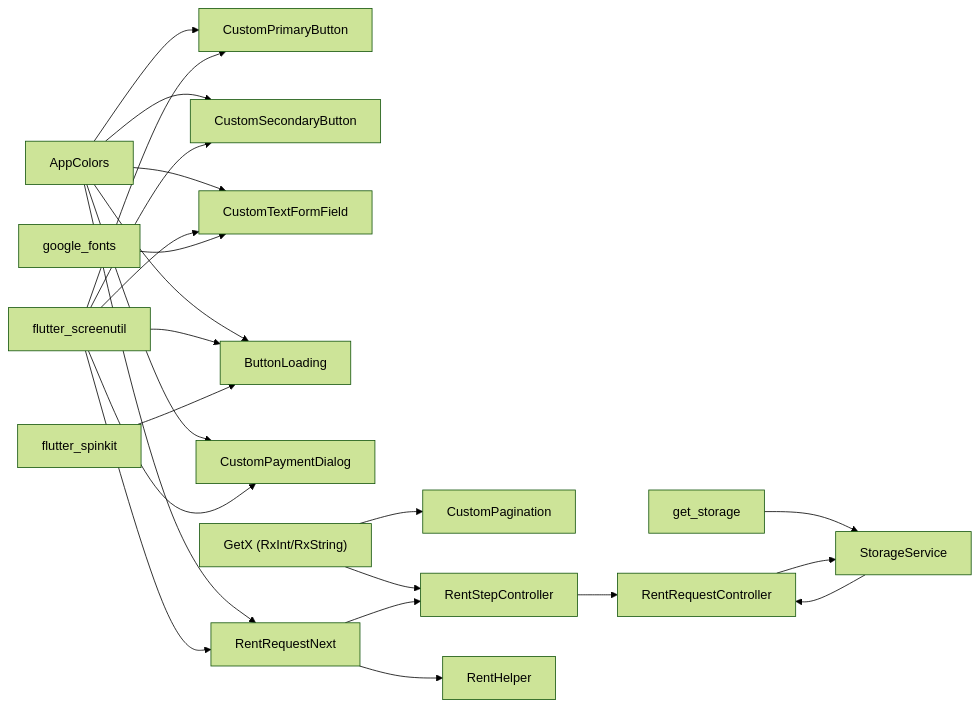
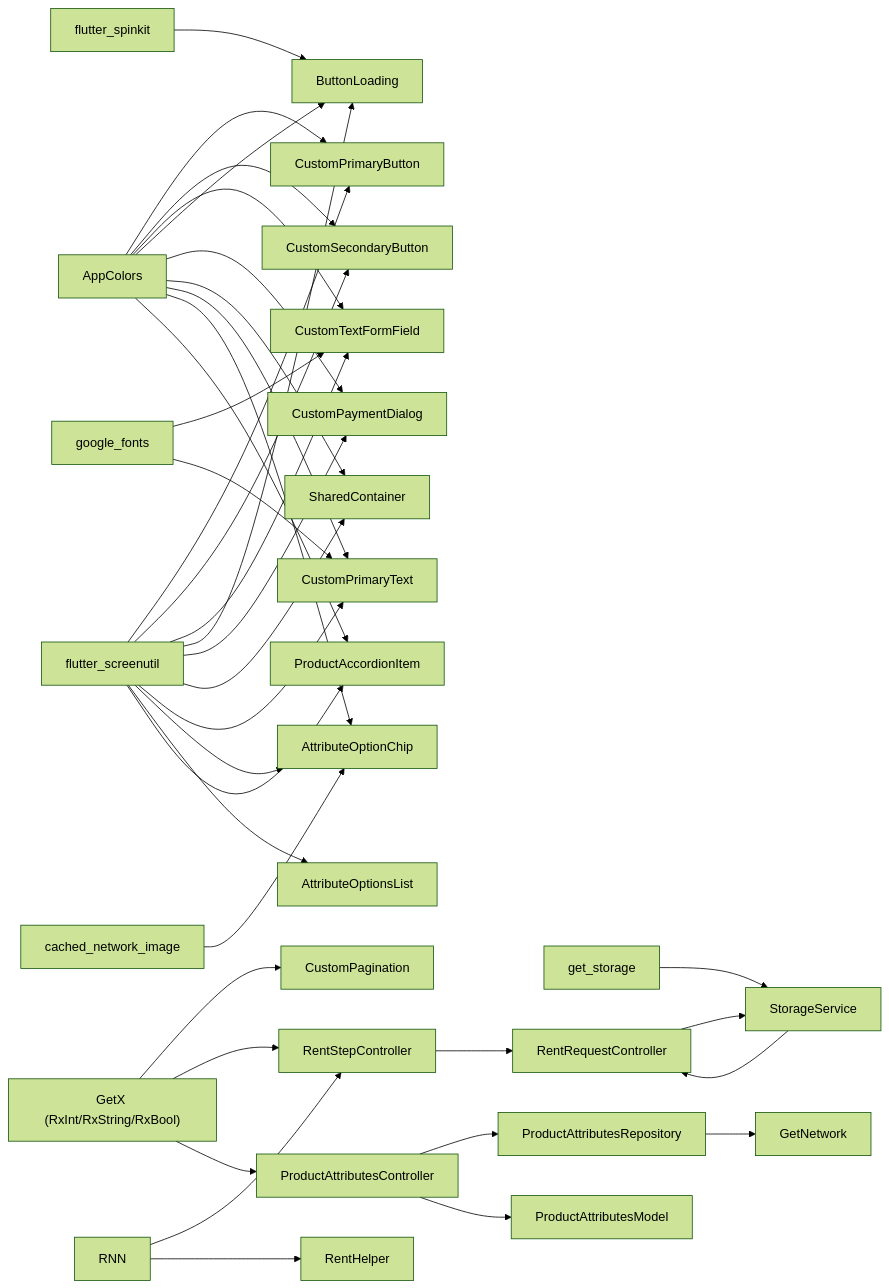
Before and after one commit to Ariful3111/FurniGo: the fifth of 5 diagrams in .qoder/repowiki/en/content/Shared Components and Utilities.md, drawn with Mermaid (forest theme). The commit also changed other lines of this file and 13 other files, not shown here.

````diff
--- a/.qoder/repowiki/en/content/Shared Components and Utilities.md
+++ b/.qoder/repowiki/en/content/Shared Components and Utilities.md
@@ -604,25 +798,38 @@
 ```mermaid
 graph LR
 AC["AppColors"] --> CPB["CustomPrimaryButton"]
 AC --> CSB["CustomSecondaryButton"]
 AC --> CTFF["CustomTextFormField"]
 AC --> BL["ButtonLoading"]
 AC --> CPD["CustomPaymentDialog"]
-AC --> RNN["RentRequestNext"]
-G["GetX (RxInt/RxString)"] --> CP["CustomPagination"]
+AC --> SC["SharedContainer"]
+AC --> CPT["CustomPrimaryText"]
+AC --> AOC["AttributeOptionChip"]
+AC --> PAI["ProductAccordionItem"]
+G["GetX (RxInt/RxString/RxBool)"] --> CP["CustomPagination"]
 G --> RSC["RentStepController"]
+G --> PAC["ProductAttributesController"]
 SU["flutter_screenutil"] --> CPB
 SU --> CSB
 SU --> CTFF
 SU --> BL
 SU --> CPD
-SU --> RNN
+SU --> SC
+SU --> CPT
+SU --> AOC
+SU --> AOL["AttributeOptionsList"]
+SU --> PAI
 SP["flutter_spinkit"] --> BL
 GF["google_fonts"] --> CTFF
+GF --> CPT
+CNI["cached_network_image"] --> AOC
 GS["get_storage"] --> SS["StorageService"]
 SS --> RC["RentRequestController"]
 RNN --> RSC
 RNN --> RH["RentHelper"]
 RSC --> RC
 RC --> SS
+PAC --> PAR["ProductAttributesRepository"]
+PAC --> PAM["ProductAttributesModel"]
+PAR --> GN["GetNetwork"]
 ```
````
